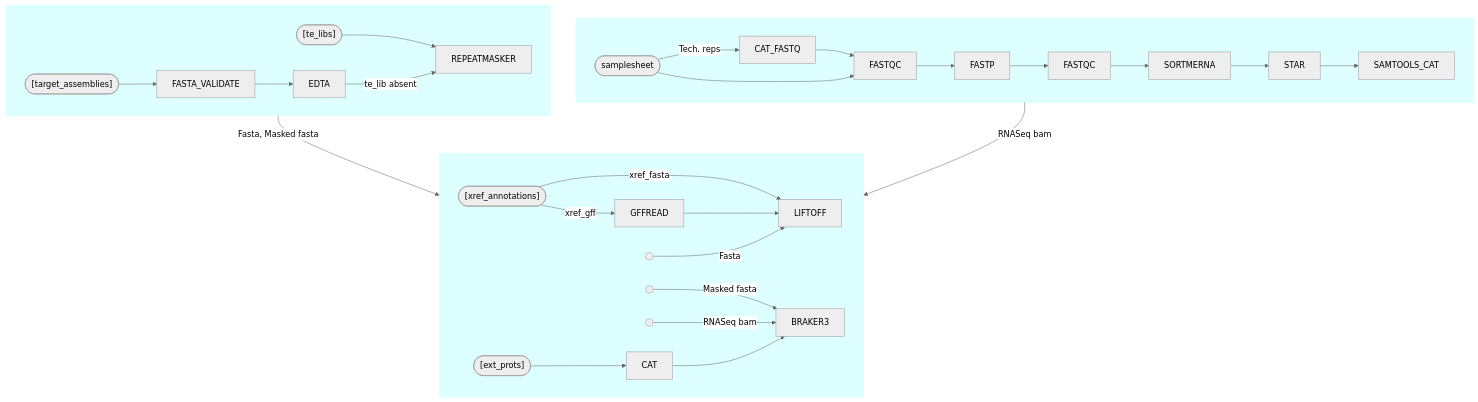
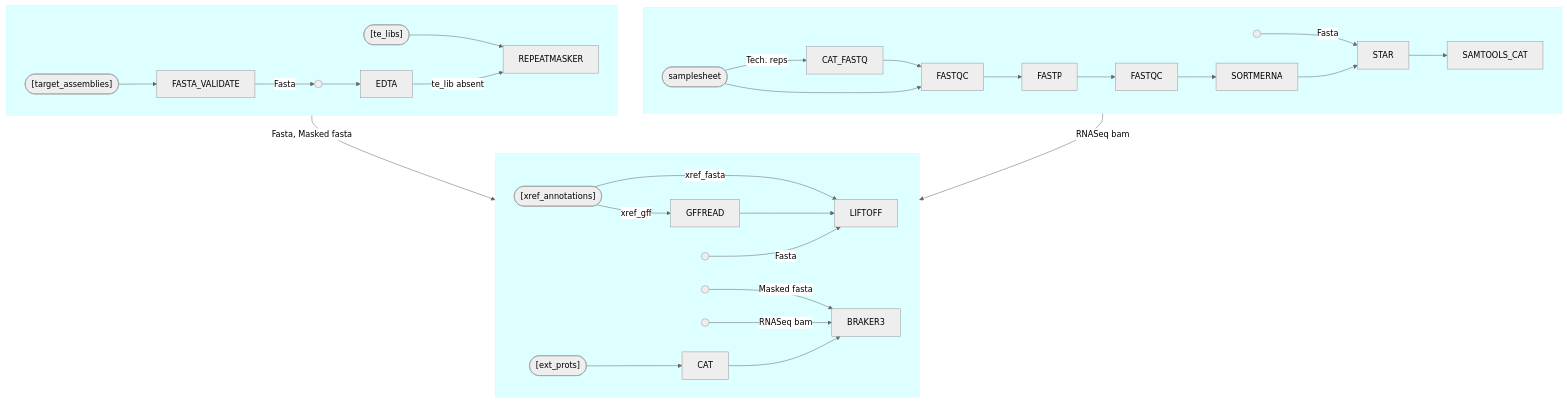
The diagram in README.md (rosscrowhurst/genepal), drawn with Mermaid (neutral theme) before and after one commit. The commit also changed 2 other files, not shown here.

Commit message:
Removed -exclude_partial and updated flowchart

````diff
--- a/README.md
+++ b/README.md
@@ -7,67 +7,72 @@
 ```mermaid
 flowchart TD
     subgraph PrepareAssembly [ ]
     TARGET_ASSEMBLIES
     TE_LIBRARIES
     FASTA_VALIDATE
+    fasta_file_from_fasta_validate
     EDTA
     REPEATMASKER
     end
 
     TARGET_ASSEMBLIES(["[target_assemblies]"])
     TE_LIBRARIES(["[te_libs]"])
     TARGET_ASSEMBLIES --> FASTA_VALIDATE
-    FASTA_VALIDATE --> EDTA
+    FASTA_VALIDATE --> |Fasta|fasta_file_from_fasta_validate(( ))
+    fasta_file_from_fasta_validate --> EDTA
     TE_LIBRARIES --> REPEATMASKER
     EDTA --> |te_lib absent|REPEATMASKER
 
     subgraph Samplesheet [ ]
     SAMPLESHEET
     CAT_FASTQ
     FASTQC
     FASTP
     FASTP_FASTQC
     SORTMERNA
+    fasta_file_for_star
     STAR
     SAMTOOLS_CAT
     end
 
     SAMPLESHEET([samplesheet])
     SAMPLESHEET --> |Tech. reps|CAT_FASTQ
     CAT_FASTQ --> FASTQC
     SAMPLESHEET --> FASTQC
     FASTQC --> FASTP
     FASTP --> FASTP_FASTQC[FASTQC]
     FASTP_FASTQC --> SORTMERNA
+    fasta_file_for_star(( ))
+    fasta_file_for_star --> |Fasta|STAR
     SORTMERNA --> STAR
     STAR --> SAMTOOLS_CAT
 
     subgraph Annotation [ ]
     anno_fasta(( ))
     anno_masked_fasta(( ))
     anno_bam(( ))
     EXTERNAL_PROTEIN_SEQS(["[ext_prots]"])
     XREF_ANNOTATIONS(["[xref_annotations]"])
     CAT
     BRAKER3
     GFFREAD
     LIFTOFF
     end
 
     PrepareAssembly --> |Fasta, Masked fasta|Annotation
     Samplesheet --> |RNASeq bam|Annotation
 
     XREF_ANNOTATIONS --> |xref_gff|GFFREAD
     XREF_ANNOTATIONS --> |xref_fasta|LIFTOFF
     GFFREAD --> LIFTOFF
     anno_fasta --> |Fasta|LIFTOFF
 
     EXTERNAL_PROTEIN_SEQS --> CAT
     anno_masked_fasta --> |Masked fasta|BRAKER3
     anno_bam --> |RNASeq bam|BRAKER3
     CAT --> BRAKER3
 
     style Samplesheet fill:#00FFFF21,stroke:#00FFFF21
     style PrepareAssembly fill:#00FFFF21,stroke:#00FFFF21
     style Annotation fill:#00FFFF21,stroke:#00FFFF21
 ```
````
